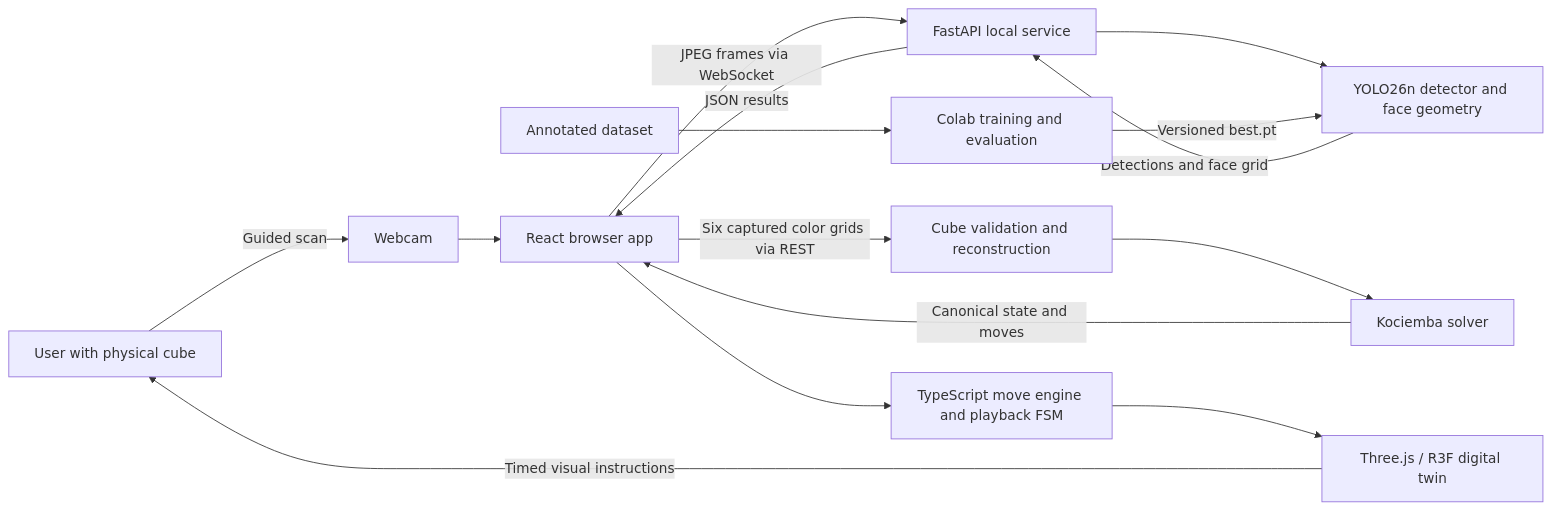
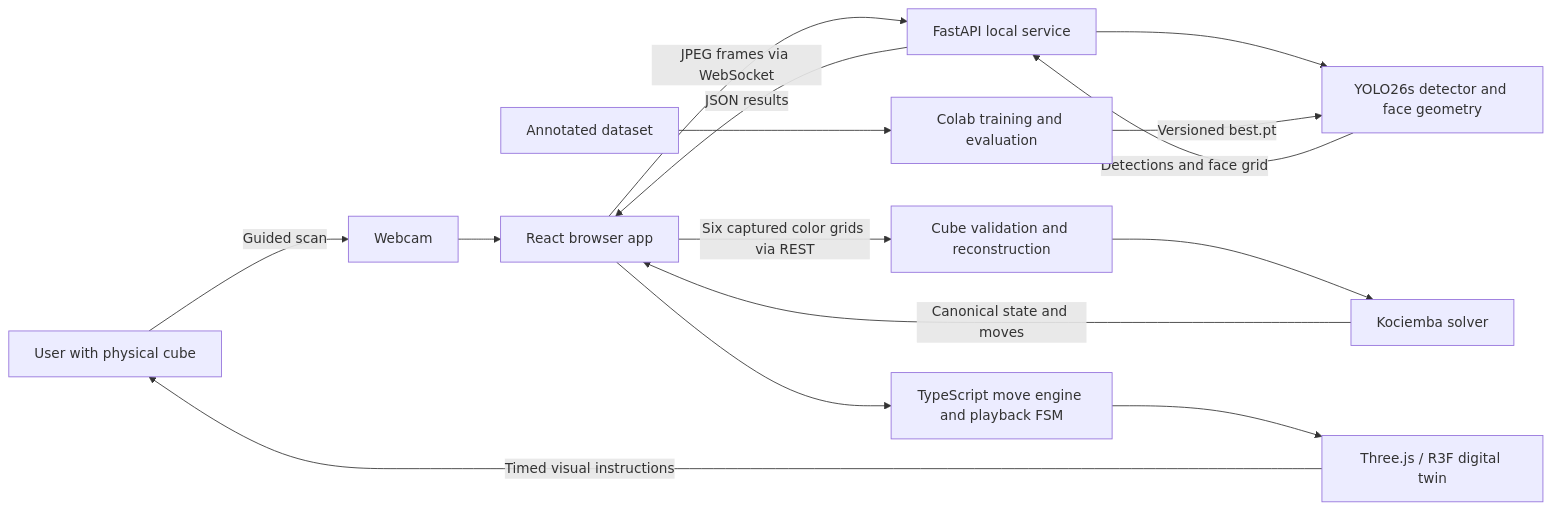
Before and after one commit to ngoquangphuc29306/yolo-rubik-detect: the first of 5 diagrams in docs/ARCHITECTURE.md, drawn with Mermaid. The commit also changed other lines of this file and 2 other files, not shown here.

First line of the commit message:
docs: name YOLO26s (trained externally, not integrated)

````diff
--- a/docs/ARCHITECTURE.md
+++ b/docs/ARCHITECTURE.md
@@ -92,17 +92,17 @@
 ```mermaid
 flowchart LR
     Human[User with physical cube] -->|Guided scan| Camera[Webcam]
     Camera --> UI[React browser app]
     UI -->|JPEG frames via WebSocket| API[FastAPI local service]
-    API --> Vision[YOLO26n detector and face geometry]
+    API --> Vision[YOLO26s detector and face geometry]
     Vision -->|Detections and face grid| API
     API -->|JSON results| UI
     UI -->|Six captured color grids via REST| Cube[Cube validation and reconstruction]
     Cube --> Solver[Kociemba solver]
     Solver -->|Canonical state and moves| UI
     UI --> Engine[TypeScript move engine and playback FSM]
     Engine --> Render[Three.js / R3F digital twin]
     Render -->|Timed visual instructions| Human
     Data[Annotated dataset] --> Train[Colab training and evaluation]
     Train -->|Versioned best.pt| Vision
 ```
````
